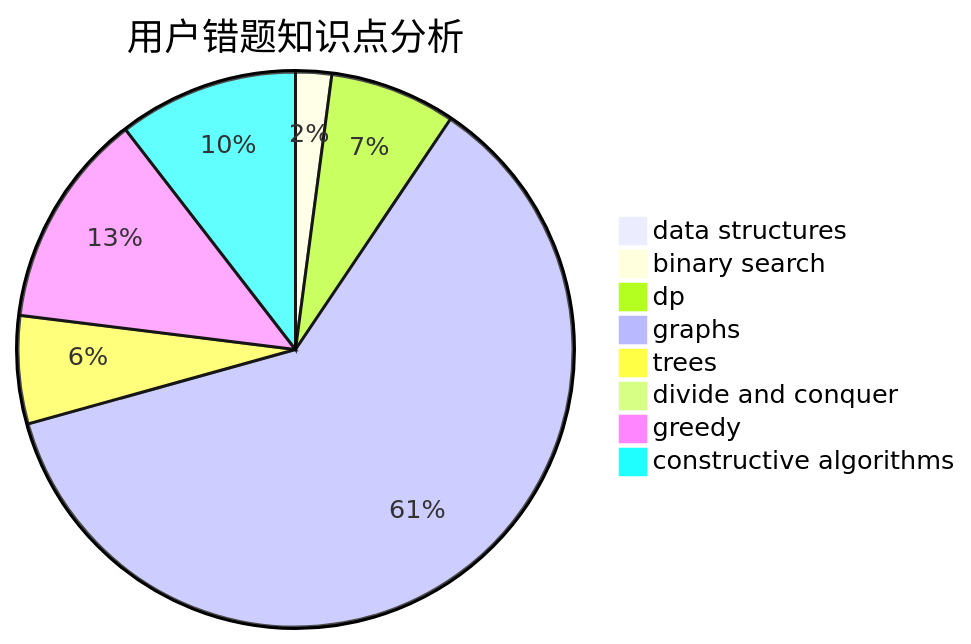
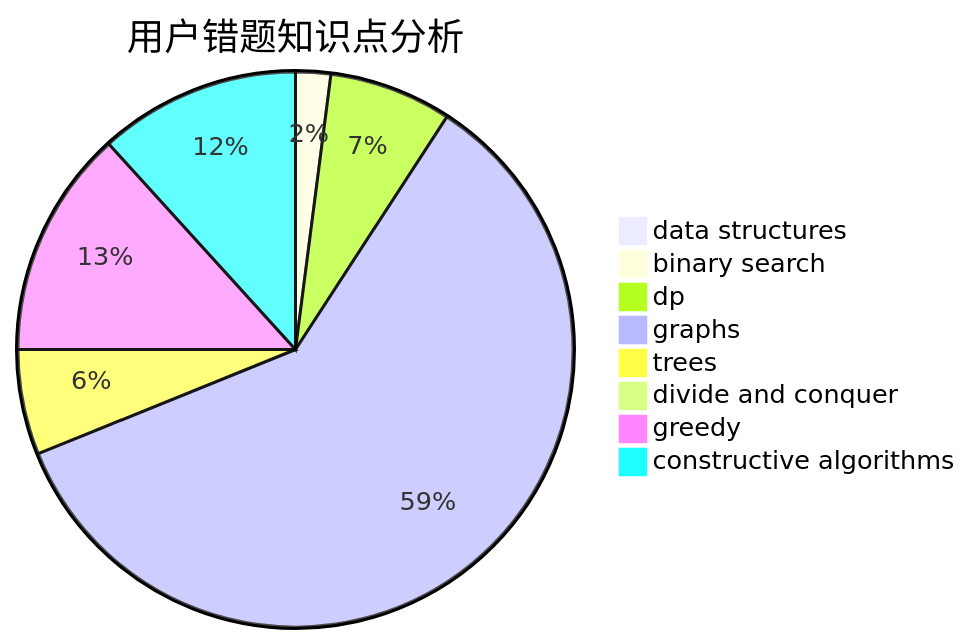
One commit to sherpahu/cfrs.github.io changed the third of 3 diagrams in docs/user/u895.md. Above: the diagram before and after it, drawn with Mermaid. The commit also changed other lines of this file and 2770 other files, not shown here.

````diff
--- a/docs/user/u895.md
+++ b/docs/user/u895.md
@@ -36,11 +36,11 @@
 ```mermaid
 pie title 用户错题知识点分析
     "data structures" :  1
     "binary search" :  4
     "dp" :  14
     "graphs" :  117
     "trees" :  12
     "divide and conquer" :  0
-    "greedy" :  24
-    "constructive algorithms" :  20
+    "greedy" :  26
+    "constructive algorithms" :  23
 ```
````
